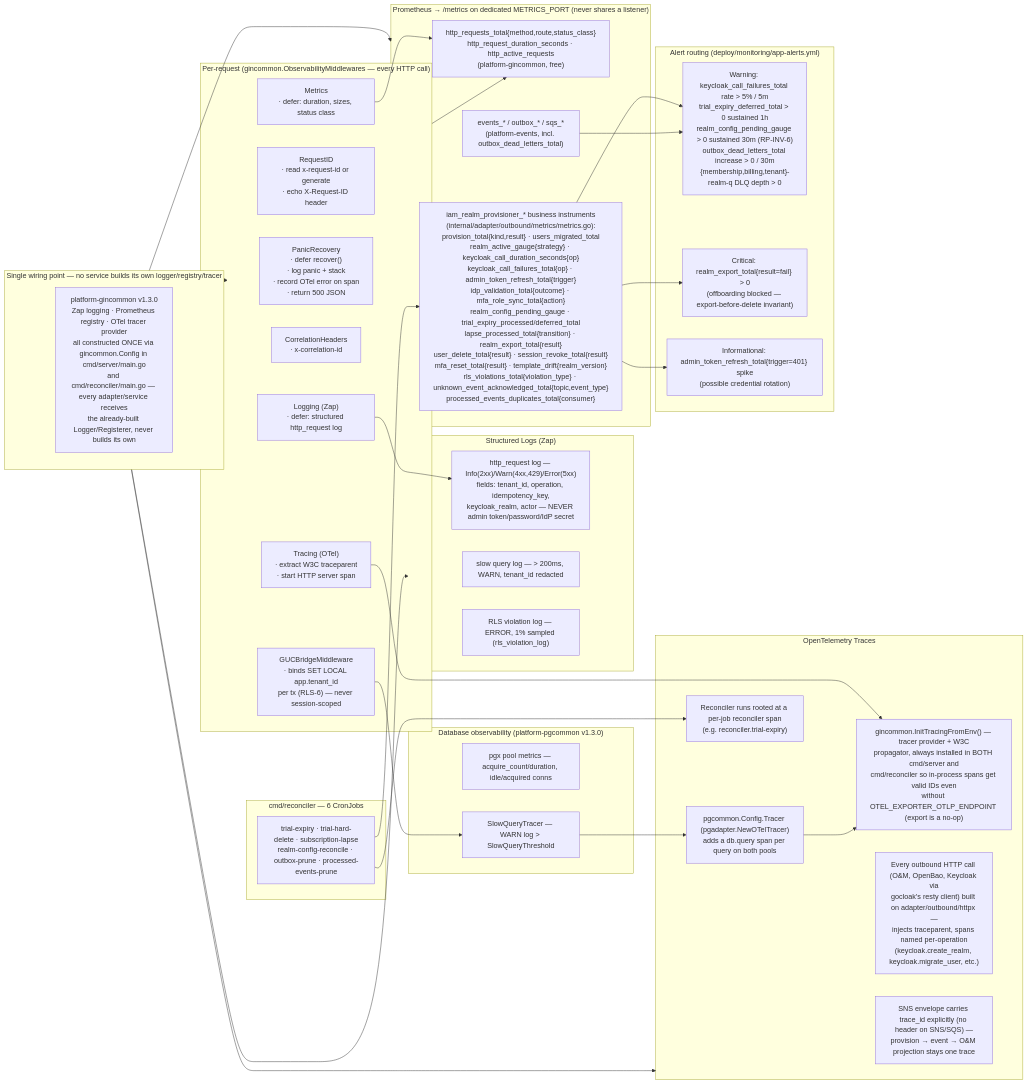
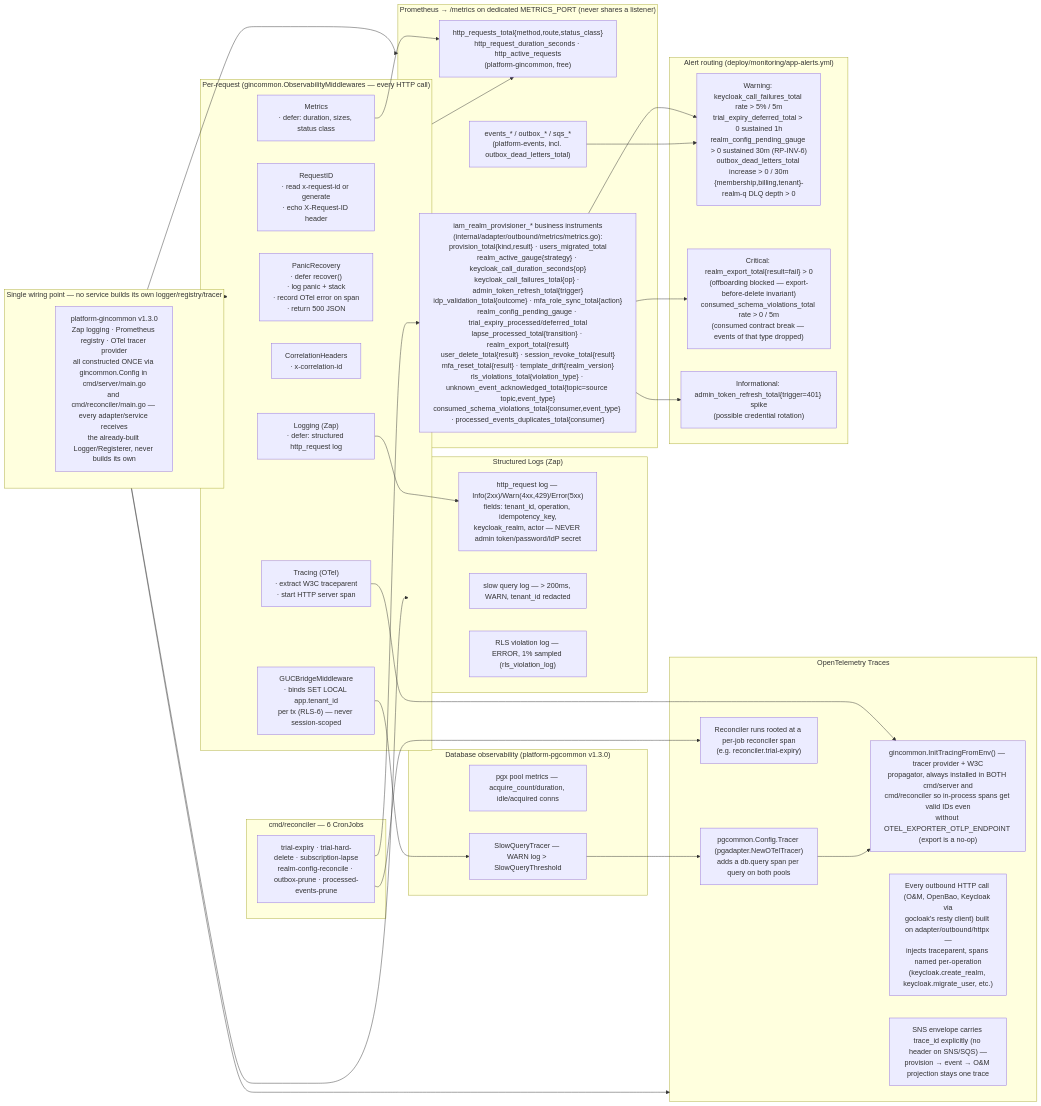
The diagram in docs/architecture/mermaid/observability-stack.mmd (BCBP-SOLUTIONS-FZC-LLC/iam-realm-provisioner), drawn with Mermaid before and after one commit. The commit also changed 38 other files, not shown here.

```diff
--- a/docs/architecture/mermaid/observability-stack.mmd
+++ b/docs/architecture/mermaid/observability-stack.mmd
@@ -1,67 +1,67 @@
 graph LR
     subgraph request["Per-request (gincommon.ObservabilityMiddlewares — every HTTP call)"]
         panic["PanicRecovery\n· defer recover()\n· log panic + stack\n· record OTel error on span\n· return 500 JSON"]
         reqid["RequestID\n· read x-request-id or generate\n· echo X-Request-ID header"]
         trace["Tracing (OTel)\n· extract W3C traceparent\n· start HTTP server span"]
         corr["CorrelationHeaders\n· x-correlation-id"]
         metricsmw["Metrics\n· defer: duration, sizes, status class"]
         logging["Logging (Zap)\n· defer: structured http_request log"]
         guc["GUCBridgeMiddleware\n· binds SET LOCAL app.tenant_id\nper tx (RLS-6) — never session-scoped"]
     end
 
     subgraph gincommon_only["Single wiring point — no service builds its own logger/registry/tracer"]
         gc1["platform-gincommon v1.3.0\nZap logging · Prometheus registry · OTel tracer provider\nall constructed ONCE via gincommon.Config in cmd/server/main.go\nand cmd/reconciler/main.go — every adapter/service receives\nthe already-built Logger/Registerer, never builds its own"]
     end
 
     subgraph prom["Prometheus  →  /metrics on dedicated METRICS_PORT (never shares a listener)"]
         p1["http_requests_total{method,route,status_class}\nhttp_request_duration_seconds · http_active_requests\n(platform-gincommon, free)"]
         p2["events_* / outbox_* / sqs_*\n(platform-events, incl. outbox_dead_letters_total)"]
-        p3["iam_realm_provisioner_* business instruments\n(internal/adapter/outbound/metrics/metrics.go):\nprovision_total{kind,result} · users_migrated_total\nrealm_active_gauge{strategy} · keycloak_call_duration_seconds{op}\nkeycloak_call_failures_total{op} · admin_token_refresh_total{trigger}\nidp_validation_total{outcome} · mfa_role_sync_total{action}\nrealm_config_pending_gauge · trial_expiry_processed/deferred_total\nlapse_processed_total{transition} · realm_export_total{result}\nuser_delete_total{result} · session_revoke_total{result}\nmfa_reset_total{result} · template_drift{realm_version}\nrls_violations_total{violation_type} · unknown_event_acknowledged_total{topic,event_type}\nprocessed_events_duplicates_total{consumer}"]
+        p3["iam_realm_provisioner_* business instruments\n(internal/adapter/outbound/metrics/metrics.go):\nprovision_total{kind,result} · users_migrated_total\nrealm_active_gauge{strategy} · keycloak_call_duration_seconds{op}\nkeycloak_call_failures_total{op} · admin_token_refresh_total{trigger}\nidp_validation_total{outcome} · mfa_role_sync_total{action}\nrealm_config_pending_gauge · trial_expiry_processed/deferred_total\nlapse_processed_total{transition} · realm_export_total{result}\nuser_delete_total{result} · session_revoke_total{result}\nmfa_reset_total{result} · template_drift{realm_version}\nrls_violations_total{violation_type} · unknown_event_acknowledged_total{topic=source topic,event_type}\nconsumed_schema_violations_total{consumer,event_type} · processed_events_duplicates_total{consumer}"]
     end
 
     subgraph otel["OpenTelemetry Traces"]
         ot1["gincommon.InitTracingFromEnv() — tracer provider + W3C\npropagator, always installed in BOTH cmd/server and\ncmd/reconciler so in-process spans get valid IDs even\nwithout OTEL_EXPORTER_OTLP_ENDPOINT (export is a no-op)"]
         ot2["pgcommon.Config.Tracer (pgadapter.NewOTelTracer)\nadds a db.query span per query on both pools"]
         ot3["Every outbound HTTP call (O&M, OpenBao, Keycloak via\ngocloak's resty client) built on adapter/outbound/httpx —\ninjects traceparent, spans named per-operation\n(keycloak.create_realm, keycloak.migrate_user, etc.)"]
         ot4["SNS envelope carries trace_id explicitly (no header on SNS/SQS) —\nprovision → event → O&M projection stays one trace"]
         ot5["Reconciler runs rooted at a per-job reconciler span\n(e.g. reconciler.trial-expiry)"]
     end
 
     subgraph logs["Structured Logs (Zap)"]
         l1["http_request log — Info(2xx)/Warn(4xx,429)/Error(5xx)\nfields: tenant_id, operation, idempotency_key,\nkeycloak_realm, actor — NEVER admin token/password/IdP secret"]
         l2["slow query log — > 200ms, WARN, tenant_id redacted"]
         l3["RLS violation log — ERROR, 1% sampled (rls_violation_log)"]
     end
 
     subgraph db_obs["Database observability (platform-pgcommon v1.3.0)"]
         db1["pgx pool metrics — acquire_count/duration, idle/acquired conns"]
         db2["SlowQueryTracer — WARN log > SlowQueryThreshold"]
     end
 
     subgraph cron["cmd/reconciler — 6 CronJobs"]
         c1["trial-expiry · trial-hard-delete · subscription-lapse\nrealm-config-reconcile · outbox-prune · processed-events-prune"]
     end
 
     subgraph alerts["Alert routing (deploy/monitoring/app-alerts.yml)"]
         a1["Warning: keycloak_call_failures_total rate > 5% / 5m\ntrial_expiry_deferred_total > 0 sustained 1h\nrealm_config_pending_gauge > 0 sustained 30m (RP-INV-6)\noutbox_dead_letters_total increase > 0 / 30m\n{membership,billing,tenant}-realm-q DLQ depth > 0"]
-        a2["Critical: realm_export_total{result=fail} > 0\n(offboarding blocked — export-before-delete invariant)"]
+        a2["Critical: realm_export_total{result=fail} > 0\n(offboarding blocked — export-before-delete invariant)\nconsumed_schema_violations_total rate > 0 / 5m\n(consumed contract break — events of that type dropped)"]
         a3["Informational: admin_token_refresh_total{trigger=401} spike\n(possible credential rotation)"]
     end
 
     gincommon_only --> request
     gincommon_only --> prom
     gincommon_only --> logs
     gincommon_only --> otel
     request --> p1
     metricsmw --> p1
     trace --> ot1
     logging --> l1
     guc --> db2
     db2 --> ot2
     ot2 --> ot1
     c1 --> p3
     c1 --> ot5
     p3 --> a1
     p3 --> a2
     p3 --> a3
     p2 --> a1
```
